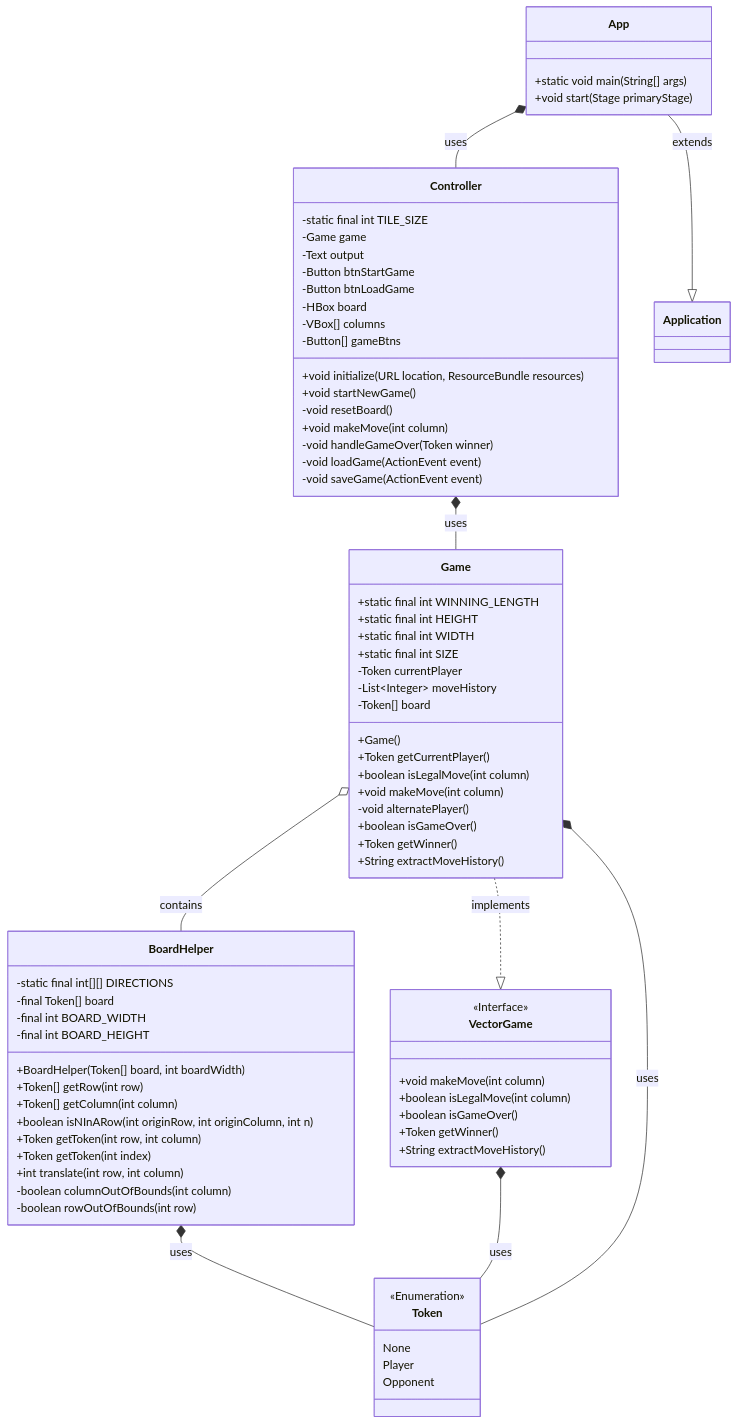
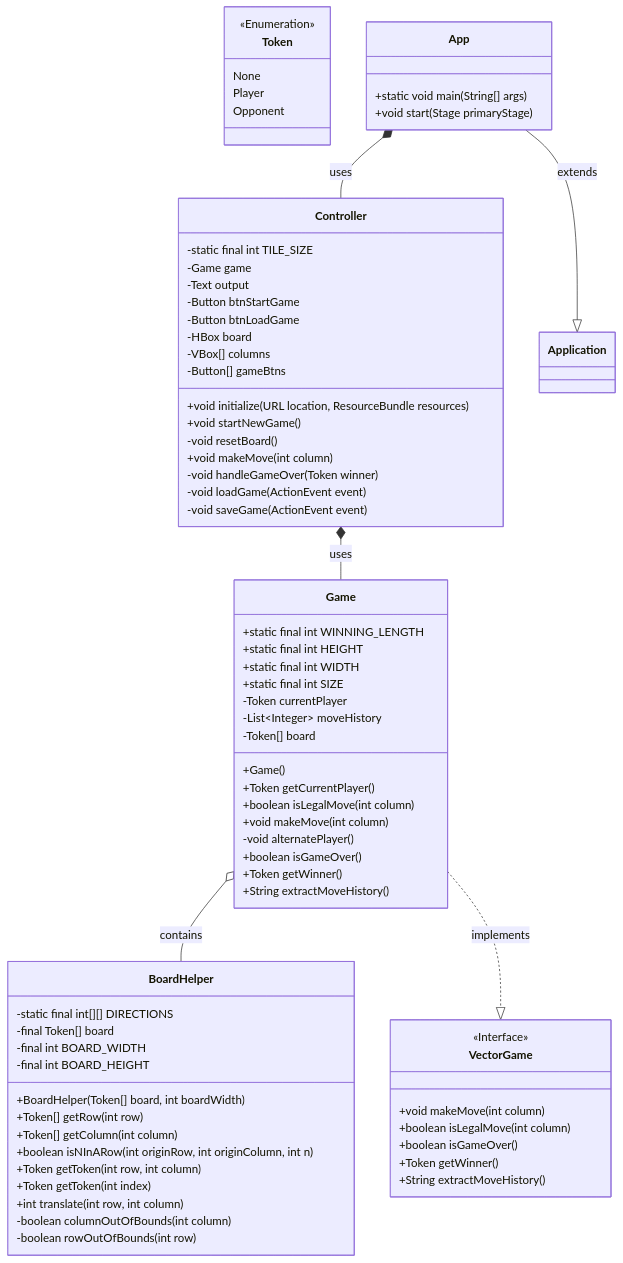
Before and after one commit to phibkro/connect4-javafx: the diagram in README.md, drawn with Mermaid. The commit also changed other lines of this file, not shown here.

````diff
--- a/README.md
+++ b/README.md
@@ -129,12 +108,9 @@
         +String extractMoveHistory()
     }
 
-    BoardHelper *-- Token : uses
-    VectorGame *-- Token : uses
     Controller *-- Game : uses
     Game o-- BoardHelper : contains
     Game ..|> VectorGame : implements
     App --|> Application : extends
     App *-- Controller : uses
-    Game *-- Token : uses
 ```
````
